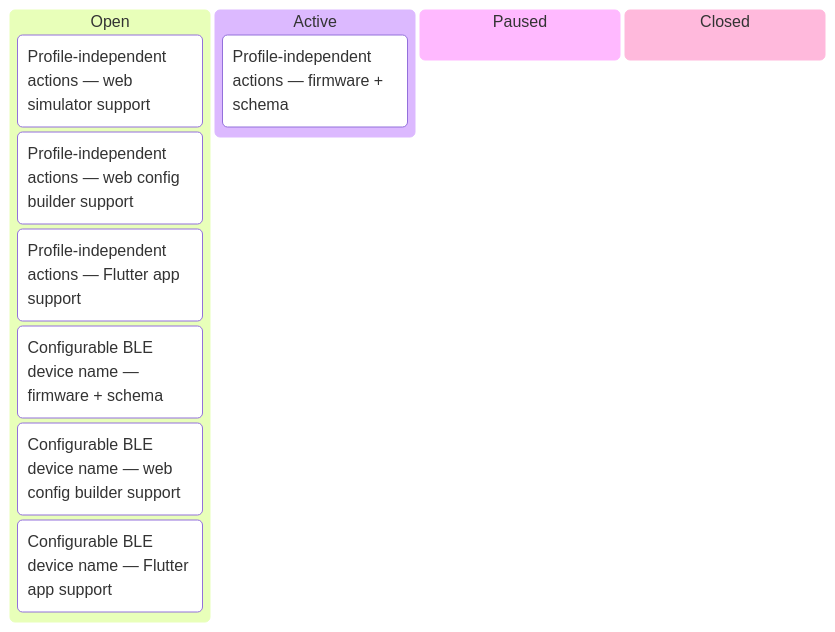
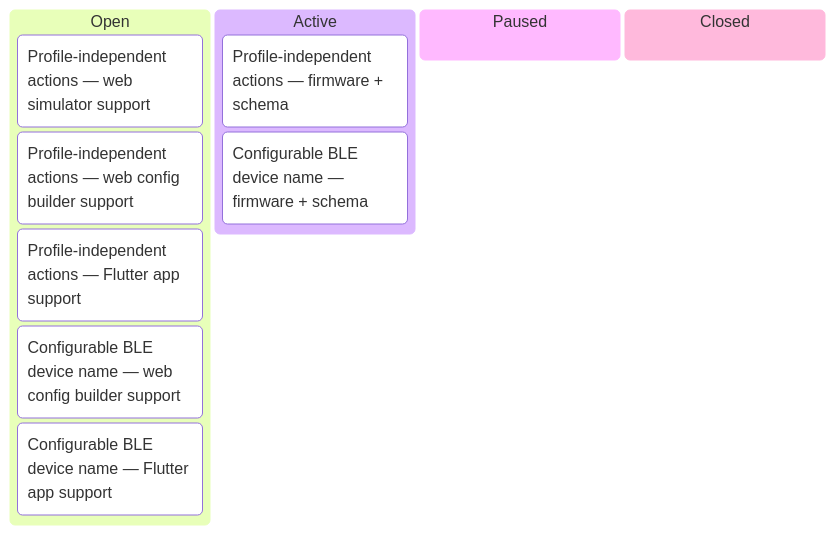
Before and after one commit to tgd1975/AwesomeStudioPedal: the first of 6 diagrams in docs/developers/tasks/KANBAN.md, drawn with Mermaid. The commit also changed other lines of this file and 8 other files, not shown here.

Commit message:
close TASK-314: Use non-breaking space between category icon and name

````diff
--- a/docs/developers/tasks/KANBAN.md
+++ b/docs/developers/tasks/KANBAN.md
@@ -11,14 +11,14 @@
 ```mermaid
 kanban
   Open
     TASK_307["Profile-independent actions — web simulator support"]
     TASK_308["Profile-independent actions — web config builder support"]
     TASK_309["Profile-independent actions — Flutter app support"]
-    TASK_310["Configurable BLE device name — firmware + schema"]
     TASK_311["Configurable BLE device name — web config builder support"]
     TASK_312["Configurable BLE device name — Flutter app support"]
   Active
     TASK_306["Profile-independent actions — firmware + schema"]
+    TASK_310["Configurable BLE device name — firmware + schema"]
   Paused
   Closed
 ```
````
